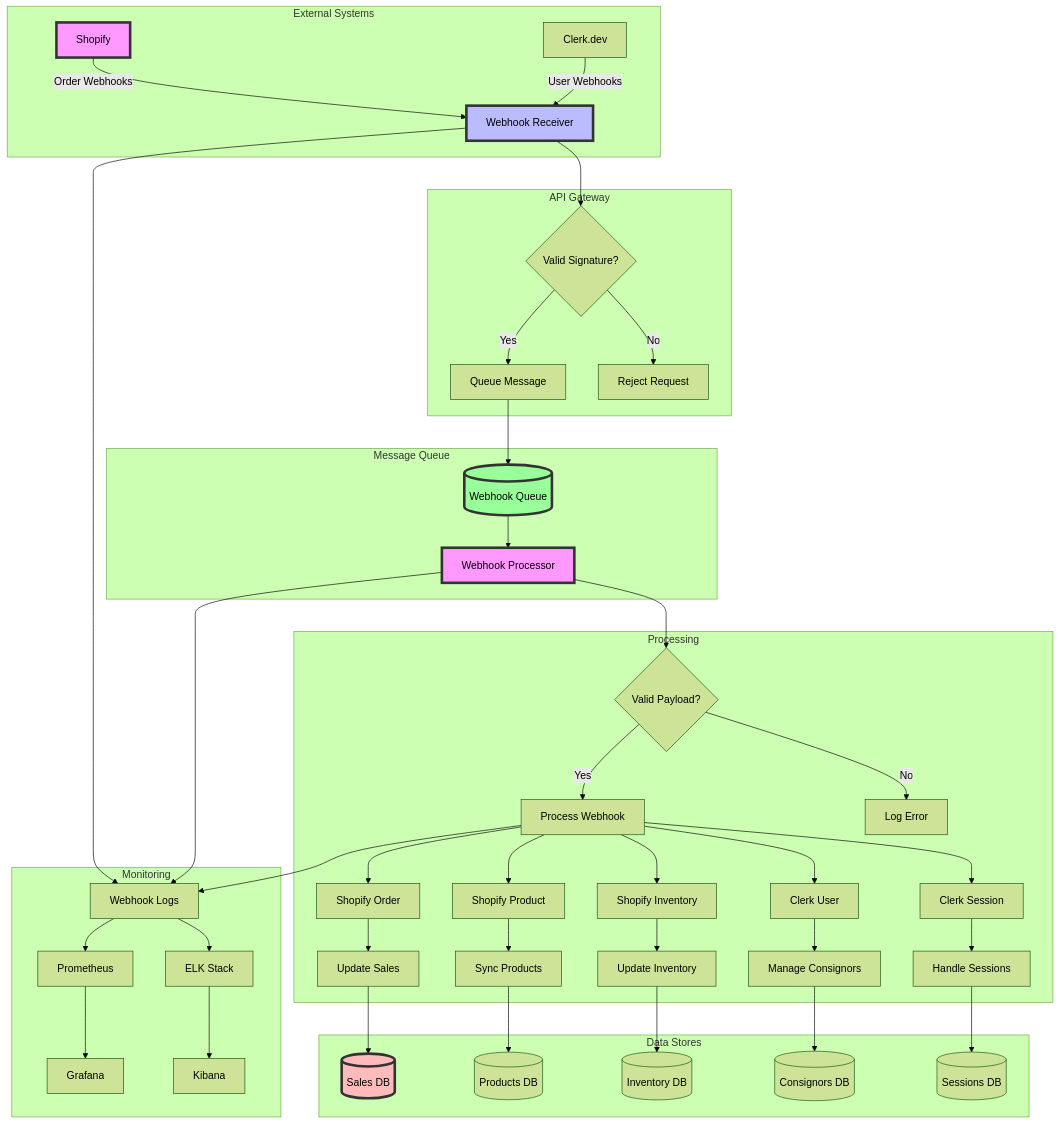
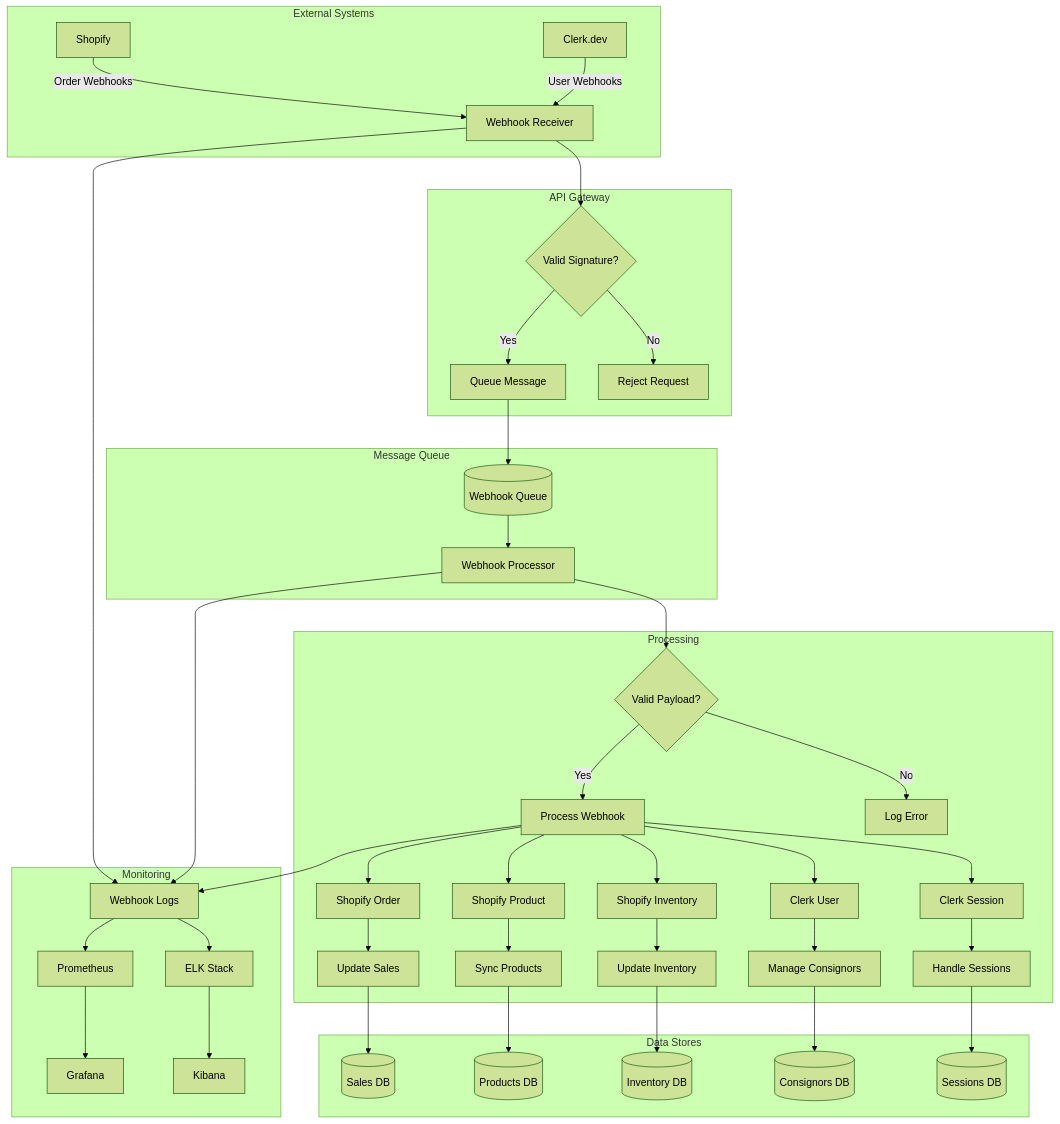
The diagram in docs/diagrams/architecture/webhook-architecture.mmd (atEverychance/ProjectCR), drawn with Mermaid (forest theme) before and after one commit.

Commit message:
refactor: remove monitoring components from webhook architecture diagram

```diff
--- a/docs/diagrams/architecture/webhook-architecture.mmd
+++ b/docs/diagrams/architecture/webhook-architecture.mmd
@@ -1,70 +1,52 @@
 flowchart TD
     subgraph "External Systems"
         A[Shopify] -->|Order Webhooks| B
         C[Clerk.dev] -->|User Webhooks| B
     end
     
     subgraph "API Gateway"
         B[Webhook Receiver] --> D{Valid Signature?}
         D -->|Yes| E[Queue Message]
         D -->|No| F[Reject Request]
     end
     
     subgraph "Message Queue"
         E --> G[(Webhook Queue)]
         G --> H[Webhook Processor]
     end
     
     subgraph "Processing"
         H --> I{Valid Payload?}
         I -->|Yes| J[Process Webhook]
         I -->|No| K[Log Error]
         
         J --> L[Shopify Order]
         J --> M[Shopify Product]
         J --> N[Shopify Inventory]
         J --> O[Clerk User]
         J --> P[Clerk Session]
         
         L --> Q[Update Sales]
         M --> R[Sync Products]
         N --> S[Update Inventory]
         O --> T[Manage Consignors]
         P --> U[Handle Sessions]
     end
     
     subgraph "Data Stores"
         Q --> V[(Sales DB)]
         R --> W[(Products DB)]
         S --> X[(Inventory DB)]
         T --> Y[(Consignors DB)]
         U --> Z[(Sessions DB)]
     end
     
     subgraph "Monitoring"
         B --> AA[Webhook Logs]
         H --> AA
         J --> AA
         AA --> AB[Prometheus]
         AB --> AC[Grafana]
         AA --> AD[ELK Stack]
         AD --> AE[Kibana]
     end
-    
-    style A fill:#f9f,stroke:#333,stroke-width:4px
-    style B fill:#bbf,stroke:#333,stroke-width:4px
-    style G fill:#9f9,stroke:#333,stroke-width:4px
-    style H fill:#f9f,stroke:#333,stroke-width:4px
-    style V fill:#fbb,stroke:#333,stroke-width:4px
-    
-    classDef external fill:#f9f,stroke:#333,stroke-width:4px
-    classDef gateway fill:#bbf,stroke:#333,stroke-width:4px
-    classDef queue fill:#9f9,stroke:#333,stroke-width:4px
-    classDef processor fill:#f9f,stroke:#333,stroke-width:4px
-    classDef database fill:#fbb,stroke:#333,stroke-width:4px
-    
-    class A external
-    class B gateway
-    class G queue
-    class H processor
-    class V database
```
